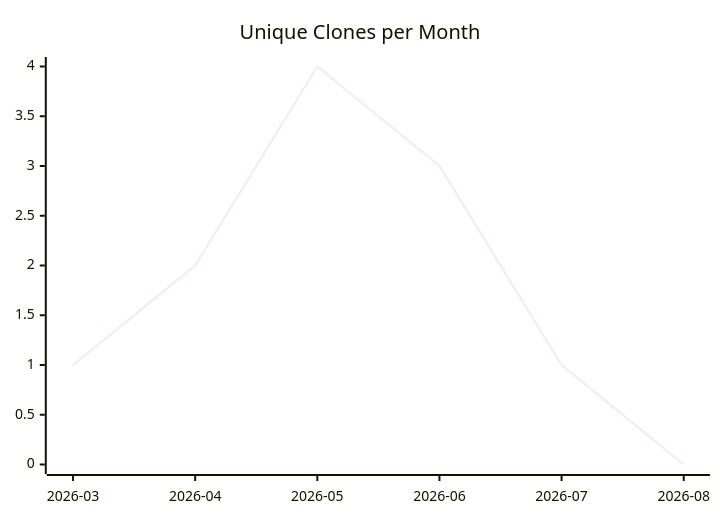
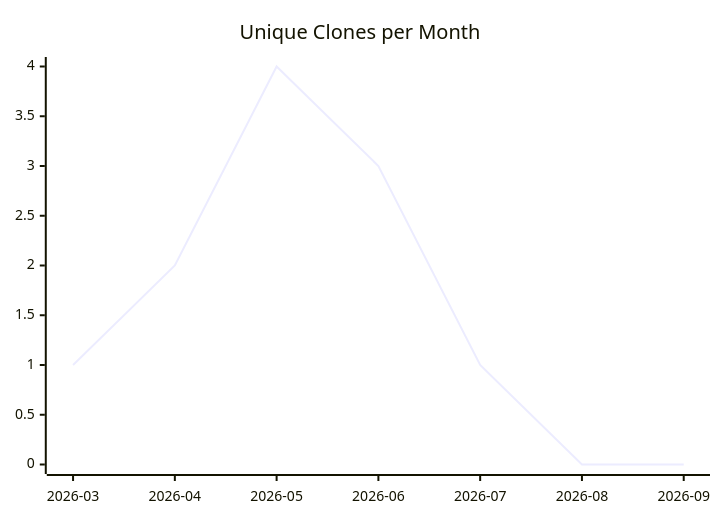
One commit to justdavis-family/github-analytics-data changed the third of 3 diagrams in karlmdavis/puppet-archive/README.md. Above: the diagram before and after it, drawn with Mermaid. The commit also changed other lines of this file and 190 other files, not shown here.

````diff
--- a/karlmdavis/puppet-archive/README.md
+++ b/karlmdavis/puppet-archive/README.md
@@ -19,6 +19,6 @@
 ```mermaid
 xychart-beta
   title "Unique Clones per Month"
-  x-axis ["2026-03", "2026-04", "2026-05", "2026-06", "2026-07", "2026-08"]
-  line [1, 2, 4, 3, 1, 0]
+  x-axis ["2026-03", "2026-04", "2026-05", "2026-06", "2026-07", "2026-08", "2026-09"]
+  line [1, 2, 4, 3, 1, 0, 0]
 ```
````
